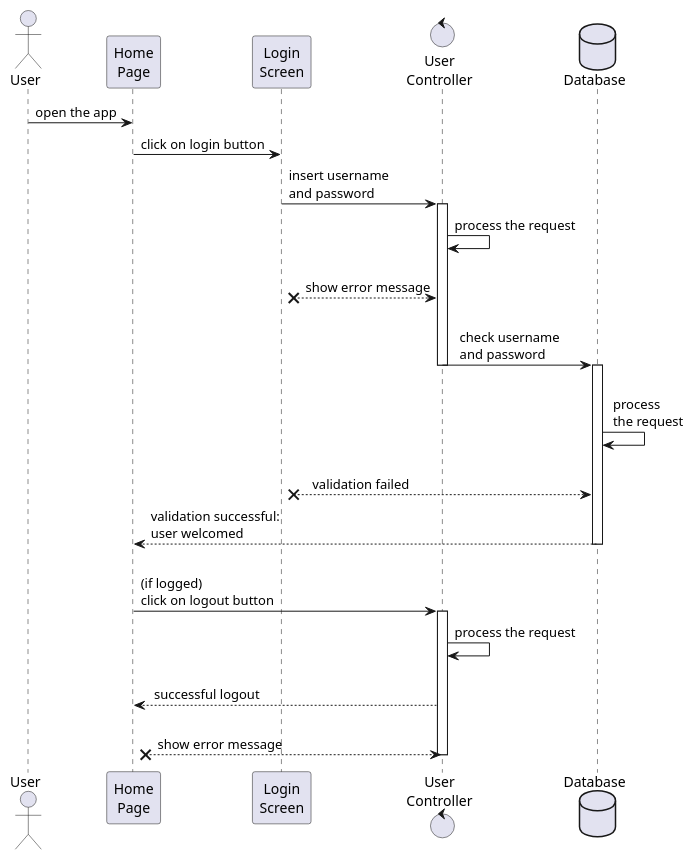
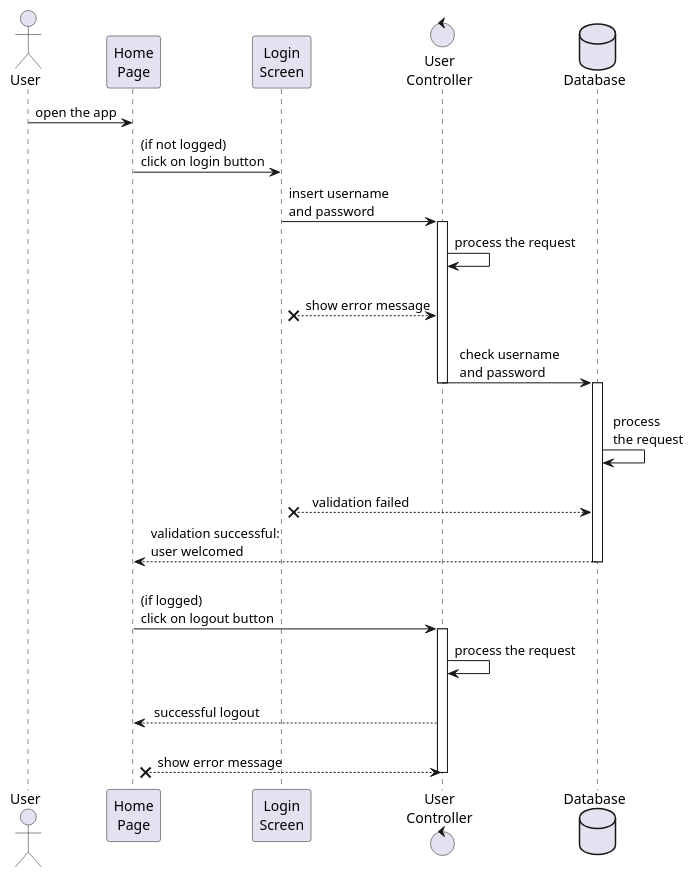
The diagram in src/main/java/unipa/fooddelivery/diagrams/sequence/login-logout.wsd (TommasoScalici/FoodDelivery), drawn with PlantUML before and after one commit. The commit also changed 2 other files, not shown here.

```diff
--- a/src/main/java/unipa/fooddelivery/diagrams/sequence/login-logout.wsd
+++ b/src/main/java/unipa/fooddelivery/diagrams/sequence/login-logout.wsd
@@ -1,34 +1,34 @@
 @startuml login-logout
 
 actor User
 participant "Home\nPage" as HomePage
 participant "Login\nScreen" as LoginScreen
 control "User\nController" as UserController
 database Database
 
 User -> HomePage : open the app
-HomePage -> LoginScreen : click on login button
+HomePage -> LoginScreen : (if not logged)\nclick on login button
 LoginScreen -> UserController : insert username \nand password
 
 activate UserController
 UserController -> UserController: process the request
 LoginScreen x-- UserController: \n  show error message
 UserController -> Database : \n   check username\n   and password
 deactivate UserController
 
 
 activate Database
 Database -> Database: \n process\n the request
 LoginScreen x-- Database: \n    validation failed 
 HomePage <-- Database : validation successful:\nuser welcomed
 deactivate Database
 
 HomePage -> UserController: \n(if logged)\nclick on logout button
 
 activate UserController
 UserController -> UserController: process the request
 HomePage <-- UserController: \n successful logout
 HomePage x-- UserController: \n  show error message
 deactivate UserController
 
 @enduml
```
